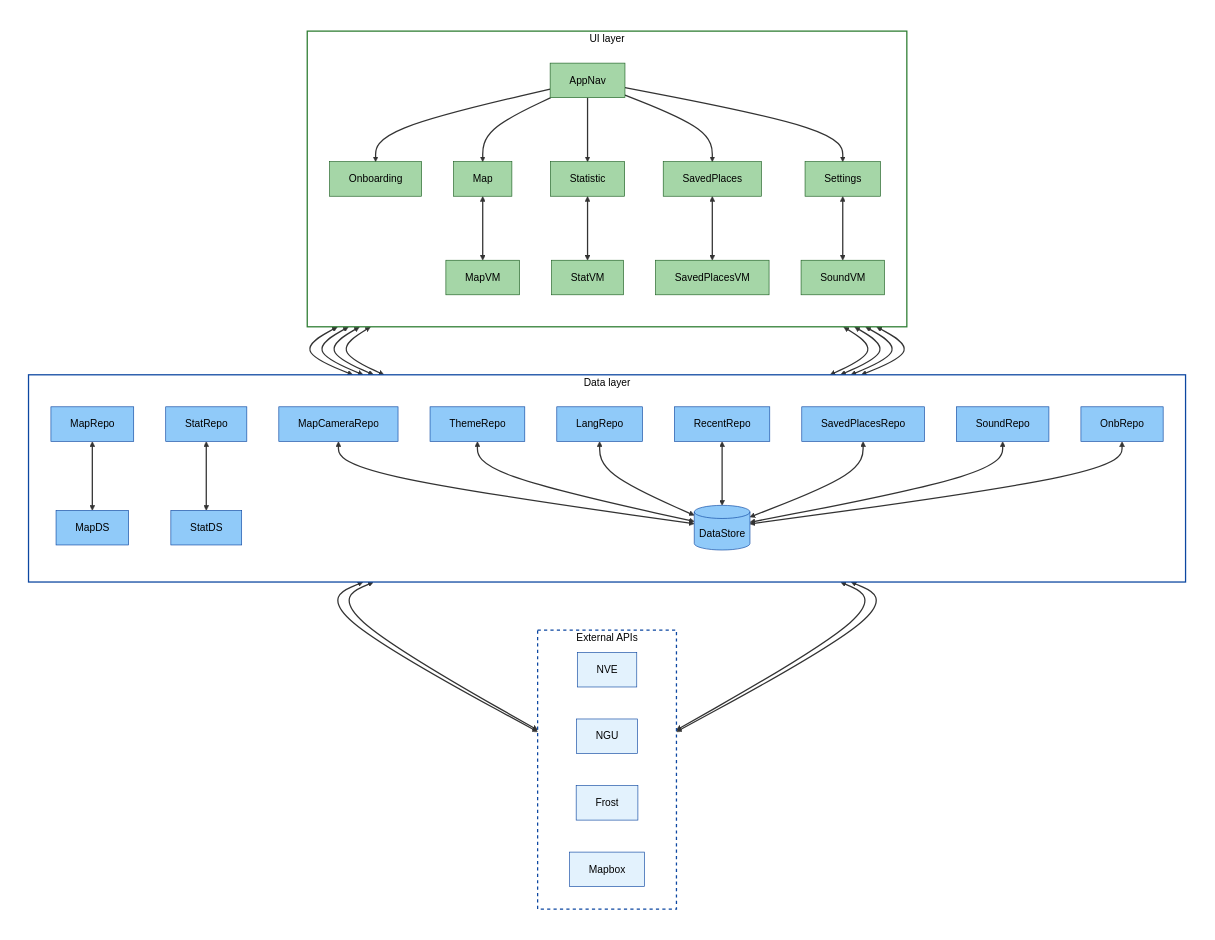
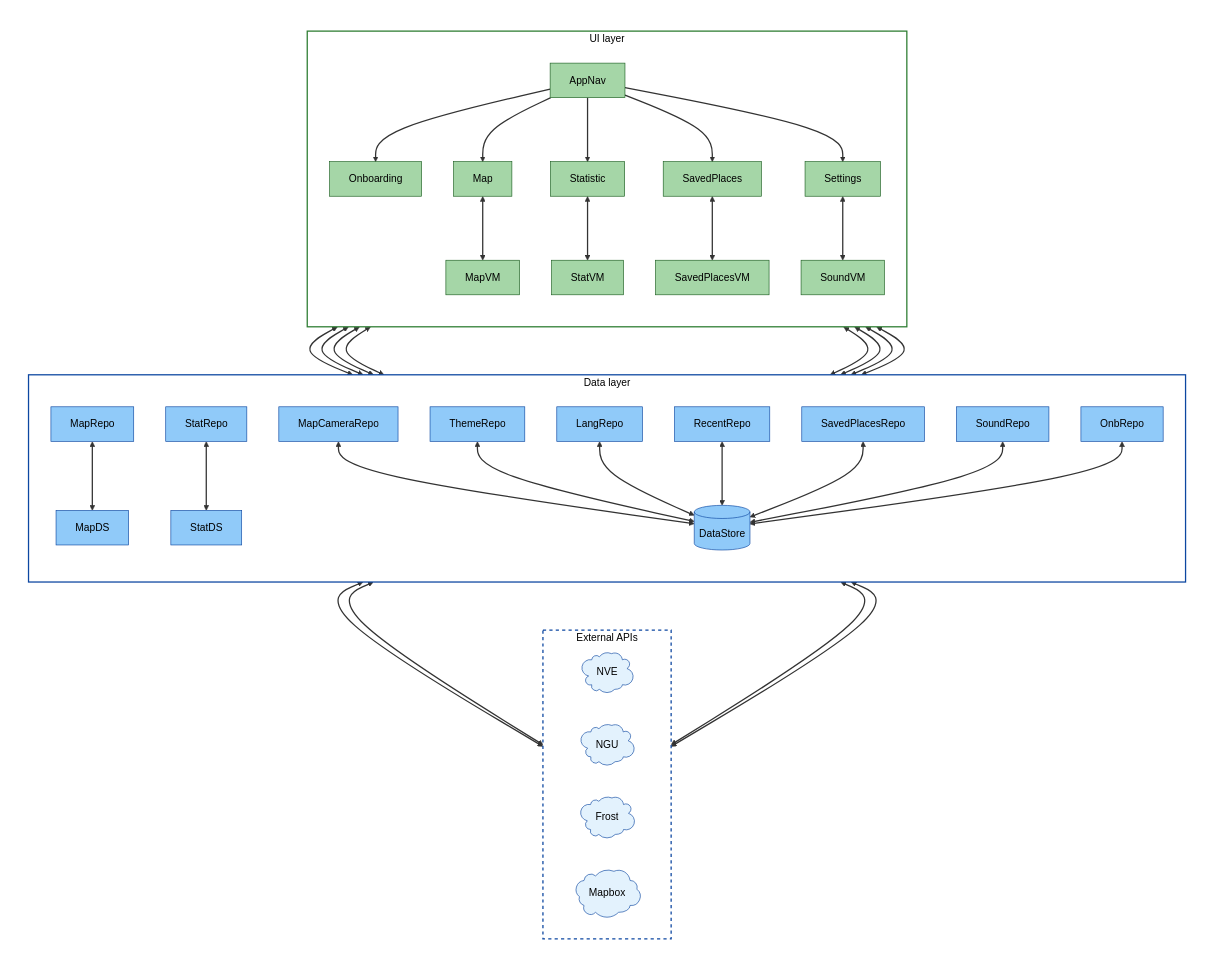
Before and after one commit to Dannevanne/klima-app: the diagram in ARCHITECTURE.md, drawn with Mermaid. The commit also changed other lines of this file, not shown here.

Commit message:
fix: arch diagram apis as clouds inside dashed external APIs group

````diff
--- a/ARCHITECTURE.md
+++ b/ARCHITECTURE.md
@@ -170,10 +170,10 @@
 
         subgraph APIS["External APIs"]
             direction LR
-            NVE["NVE"]:::api
-            NGU["NGU"]:::api
-            Frost["Frost"]:::api
-            Mapbox["Mapbox"]:::api
+            NVE@{ shape: cloud, label: "NVE" }
+            NGU@{ shape: cloud, label: "NGU" }
+            Frost@{ shape: cloud, label: "Frost" }
+            Mapbox@{ shape: cloud, label: "Mapbox" }
         end
 
         MapVM <--> MapRepo
@@ -198,7 +198,11 @@
     style DATA fill:#ffffff,stroke:#0d47a1,stroke-width:2px,color:#000000
     style APIS fill:#ffffff,stroke:#0d47a1,stroke-width:2px,stroke-dasharray:5 5,color:#000000
 
+    style NVE fill:#e3f2fd,stroke:#0d47a1,color:#000
+    style NGU fill:#e3f2fd,stroke:#0d47a1,color:#000
+    style Frost fill:#e3f2fd,stroke:#0d47a1,color:#000
+    style Mapbox fill:#e3f2fd,stroke:#0d47a1,color:#000
+
     classDef ui fill:#a5d6a7,stroke:#1b5e20,color:#000
     classDef data fill:#90caf9,stroke:#0d47a1,color:#000
-    classDef api fill:#e3f2fd,stroke:#0d47a1,color:#000
 ```
````
